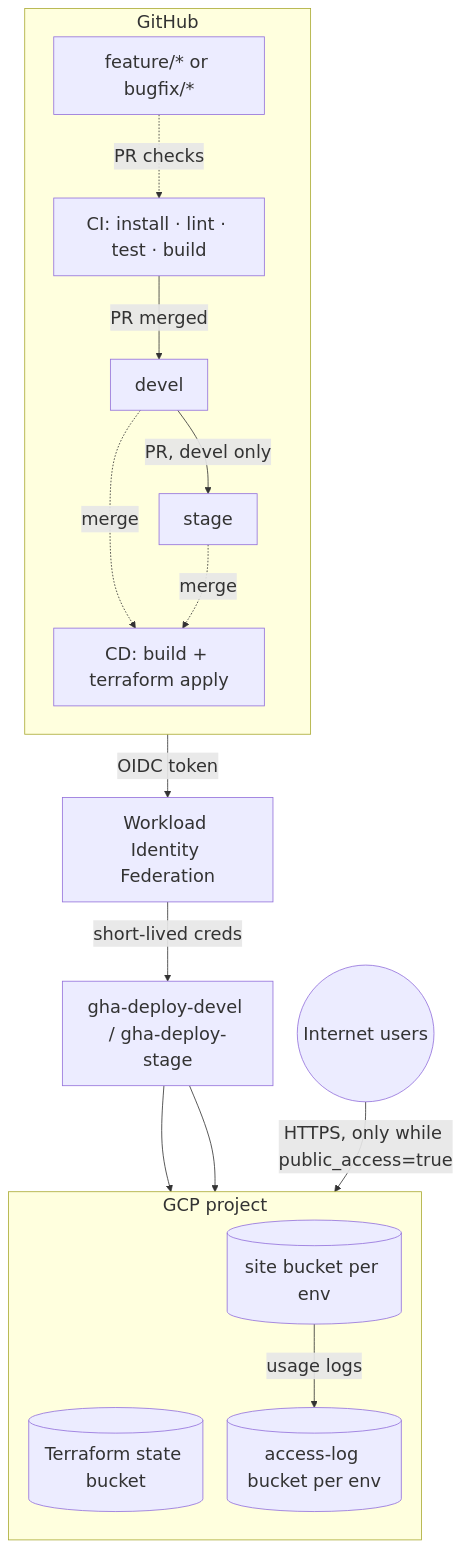
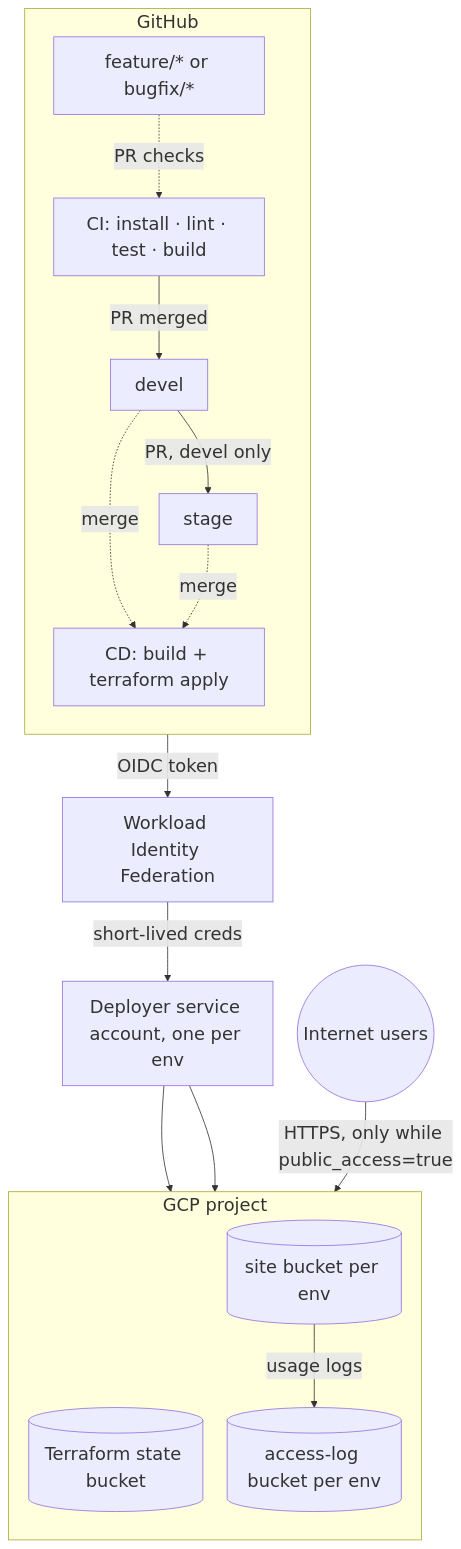
One commit to infrastructure-aquaware/fullstack-challenge changed the diagram in README.md. Above: the diagram before and after it, drawn with Mermaid.

Commit message:
Clarify deployer service account label in README diagram

````diff
--- a/README.md
+++ b/README.md
@@ -20,29 +20,29 @@
 ```mermaid
 %%{init: {"themeVariables": {"fontSize": "22px"}, "flowchart": {"nodeSpacing": 30, "rankSpacing": 45}}}%%
 flowchart TB
     subgraph GitHub
       direction TB
       dev[feature/* or bugfix/*]
       ci[CI: install · lint · test · build]
       devel
       stage
       cd[CD: build + terraform apply]
       dev -. PR checks .-> ci
       ci -->|PR merged| devel
       devel -->|PR, devel only| stage
       devel -. merge .-> cd
       stage -. merge .-> cd
     end
     cd -->|OIDC token| wif[Workload Identity Federation]
-    wif -->|short-lived creds| sa[gha-deploy-devel / gha-deploy-stage]
+    wif -->|short-lived creds| sa[Deployer service account, one per env]
     subgraph GCP project
       direction TB
       state[(Terraform state bucket)]
       site[(site bucket per env)]
       logs[(access-log bucket per env)]
       site -->|usage logs| logs
     end
     sa --> state
     sa --> site
     users((Internet users)) -->|HTTPS, only while public_access=true| site
 ```
````
